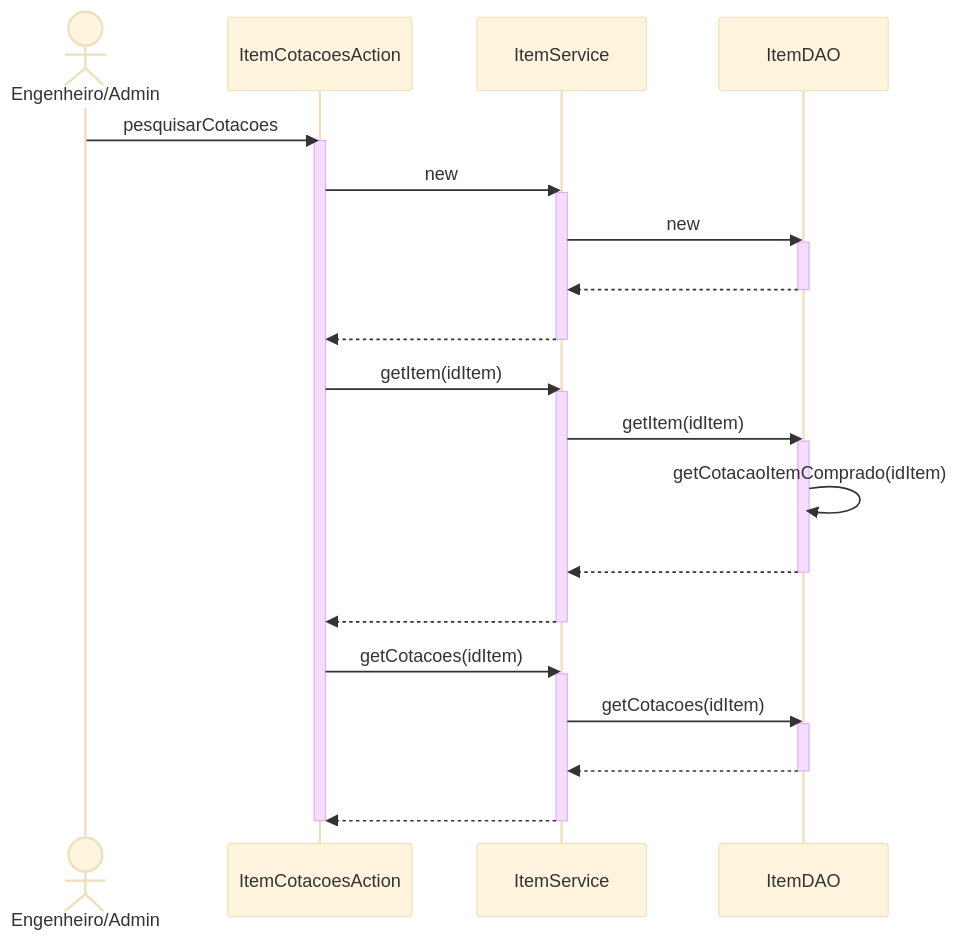
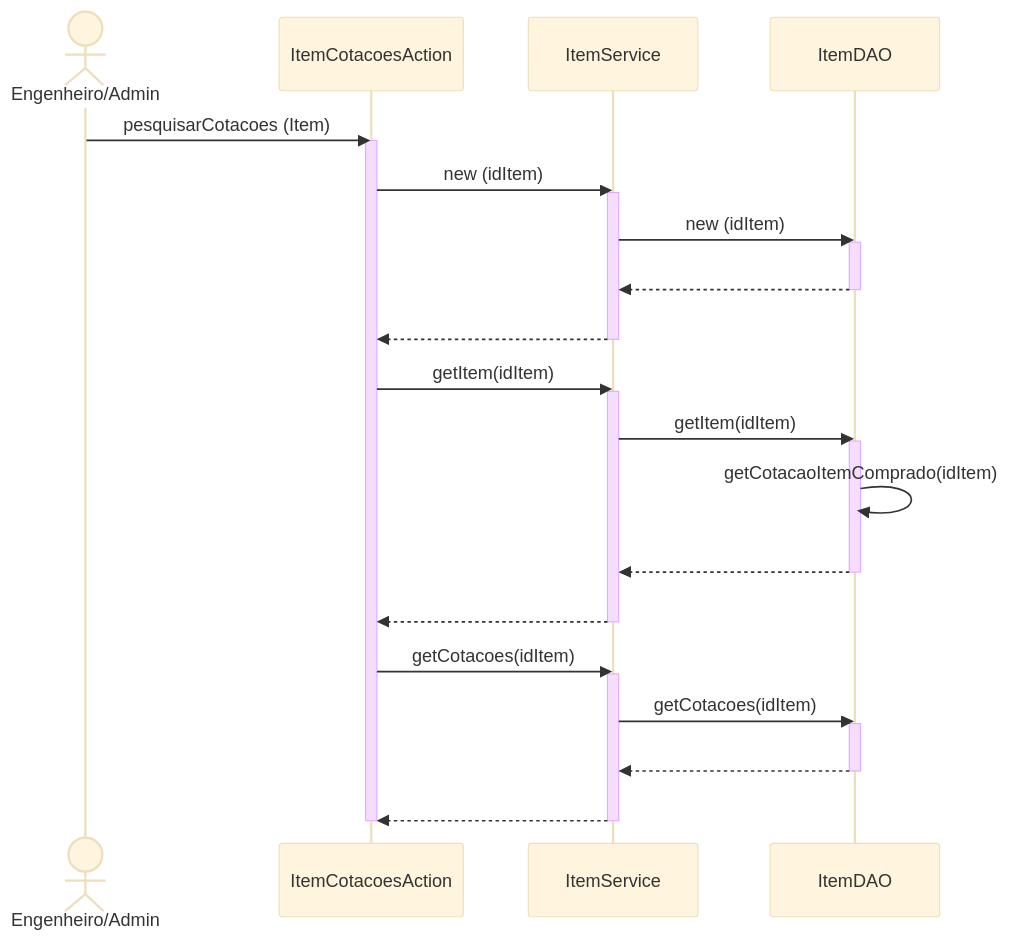
Before and after one commit to branqsMRP/SequenceDiagram: the diagram in DiagramaSequencia/Novo Diagrama Sequencia/Item/Pesquisar Cotacoes.mmd, drawn with Mermaid (base theme). The commit also changed 16 other files, not shown here.

```diff
--- a/DiagramaSequencia/Novo Diagrama Sequencia/Item/Pesquisar Cotacoes.mmd
+++ b/DiagramaSequencia/Novo Diagrama Sequencia/Item/Pesquisar Cotacoes.mmd
@@ -1,30 +1,30 @@
 sequenceDiagram
 actor EA as Engenheiro/Admin
-EA ->> ItemCotacoesAction : pesquisarCotacoes
+EA ->> ItemCotacoesAction : pesquisarCotacoes (Item)
 activate ItemCotacoesAction
-ItemCotacoesAction ->> ItemService : new
+ItemCotacoesAction ->> ItemService : new (idItem)
 activate ItemService
-ItemService ->> ItemDAO : new
+ItemService ->> ItemDAO : new (idItem)
 activate ItemDAO
 ItemDAO -->> ItemService : #32; 
 deactivate ItemDAO
 ItemService -->> ItemCotacoesAction : #32; 
 deactivate ItemService
 ItemCotacoesAction ->> ItemService : getItem(idItem)
 activate ItemService
 ItemService ->> ItemDAO : getItem(idItem)
 activate ItemDAO
 ItemDAO ->> ItemDAO : getCotacaoItemComprado(idItem)
 ItemDAO -->> ItemService : #32; 
 deactivate ItemDAO
 ItemService -->> ItemCotacoesAction : #32; 
 deactivate ItemService
 ItemCotacoesAction ->> ItemService : getCotacoes(idItem)
 activate ItemService
 ItemService ->> ItemDAO : getCotacoes(idItem)
 activate ItemDAO
 ItemDAO -->> ItemService : #32; 
 deactivate ItemDAO
 ItemService -->> ItemCotacoesAction : #32; 
 deactivate ItemService
 deactivate ItemCotacoesAction
```
